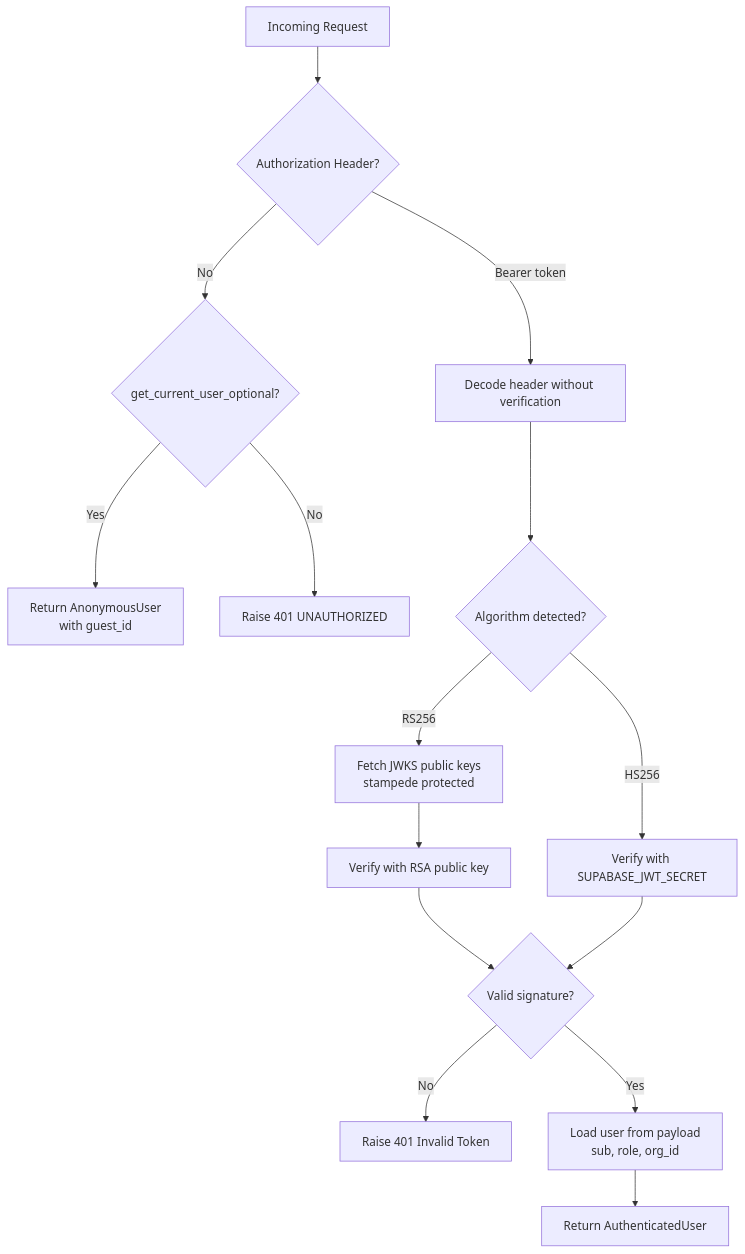
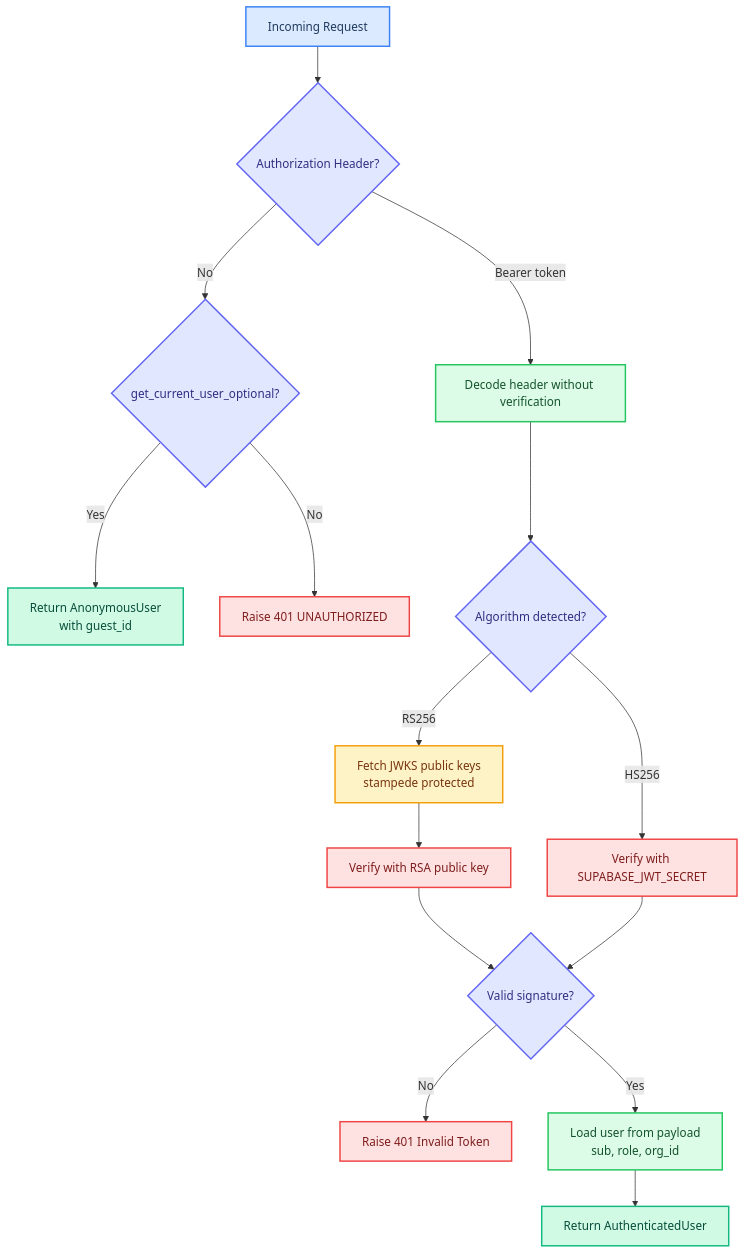
Before and after one commit to SafeVixAI/SafeVixAI: the second of 3 diagrams in docs/architecture/AUTHENTICATION.md, drawn with Mermaid. The commit also changed other lines of this file and 85 other files, not shown here.

Commit message:
docs: Fix Mermaid diagrams, resolve relative link warnings, and ensure clean mkdocs build

````diff
--- a/docs/architecture/AUTHENTICATION.md
+++ b/docs/architecture/AUTHENTICATION.md
@@ -38,23 +47,31 @@
 ```mermaid
 flowchart TD
-    REQ[Incoming Request] --> AUTH{Authorization Header?}
+    classDef edge fill:#dbeafe,stroke:#3b82f6,stroke-width:2px,color:#1e3a5f
+    classDef control fill:#dcfce7,stroke:#22c55e,stroke-width:2px,color:#14532d
+    classDef ai fill:#f3e8ff,stroke:#a855f7,stroke-width:2px,color:#581c87
+    classDef data fill:#fef3c7,stroke:#f59e0b,stroke-width:2px,color:#78350f
+    classDef security fill:#fee2e2,stroke:#ef4444,stroke-width:2px,color:#7f1d1d
+    classDef external fill:#f1f5f9,stroke:#94a3b8,stroke-width:2px,stroke-dasharray:5 5,color:#334155
+    classDef decision fill:#e0e7ff,stroke:#6366f1,stroke-width:2px,color:#312e81
+    classDef success fill:#d1fae5,stroke:#10b981,stroke-width:2px,color:#064e3b
 
-    AUTH -->|No| OPT{get_current_user_optional?}
-    OPT -->|Yes| ANON[Return AnonymousUser<br/>with guest_id]
-    OPT -->|No| UNAUTH[Raise 401 UNAUTHORIZED]
+    REQ["Incoming Request"]:::edge --> AUTH{"Authorization Header?"}:::decision
+    AUTH -->|"No"| OPT{"get_current_user_optional?"}:::decision
+    OPT -->|"Yes"| ANON["Return AnonymousUser<br/>with guest_id"]:::success
+    OPT -->|"No"| UNAUTH["Raise 401 UNAUTHORIZED"]:::security
 
-    AUTH -->|Bearer token| DECODE[Decode header without verification]
-    DECODE --> ALG{Algorithm detected?}
+    AUTH -->|"Bearer token"| DECODE["Decode header without verification"]:::control
+    DECODE --> ALG{"Algorithm detected?"}:::decision
 
-    ALG -->|RS256| JWKS[Fetch JWKS public keys<br/>stampede protected]
-    JWKS --> VERIFY_RS[Verify with RSA public key]
+    ALG -->|"RS256"| JWKS["Fetch JWKS public keys<br/>stampede protected"]:::data
+    JWKS --> VERIFY_RS["Verify with RSA public key"]:::security
 
-    ALG -->|HS256| VERIFY_HS[Verify with SUPABASE_JWT_SECRET]
+    ALG -->|"HS256"| VERIFY_HS["Verify with SUPABASE_JWT_SECRET"]:::security
 
-    VERIFY_RS --> CHECK{Valid signature?}
+    VERIFY_RS --> CHECK{"Valid signature?"}:::decision
     VERIFY_HS --> CHECK
 
-    CHECK -->|No| INV[Raise 401 Invalid Token]
-    CHECK -->|Yes| USER[Load user from payload<br/>sub, role, org_id]
-    USER --> DONE[Return AuthenticatedUser]
+    CHECK -->|"No"| INV["Raise 401 Invalid Token"]:::security
+    CHECK -->|"Yes"| USER["Load user from payload<br/>sub, role, org_id"]:::control
+    USER --> DONE["Return AuthenticatedUser"]:::success
 ```
````
